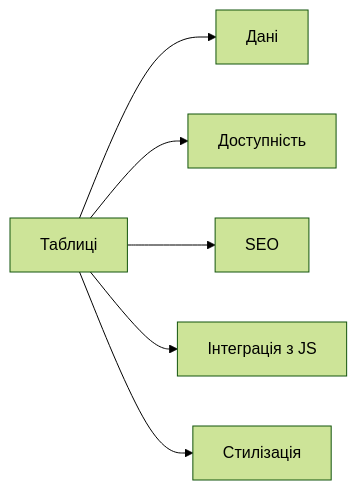
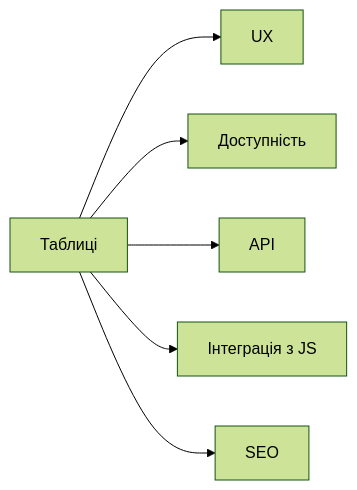
The second of 2 diagrams in notes/Front-End/HTML/08-tables.md (Ooodysseus/Studying), drawn with Mermaid (forest theme) before and after one commit. The commit also changed other lines of this file, not shown here.

Commit message:
Refactor tables documentation to enhance clarity, structure, and accessibility, including improved examples and semantic usage.

````diff
--- a/notes/Front-End/HTML/08-tables.md
+++ b/notes/Front-End/HTML/08-tables.md
@@ -165,8 +184,8 @@
 ```mermaid
 graph LR
-    Tables[Таблиці] --> Data[Дані]
+    Tables[Таблиці] --> UX[UX]
     Tables --> Accessibility[Доступність]
+    Tables --> API[API]
+    Tables --> JS[Інтеграція з JS]
     Tables --> SEO[SEO]
-    Tables --> JS[Інтеграція з JS]
-    Tables --> CSS[Стилізація]
 ```
````
